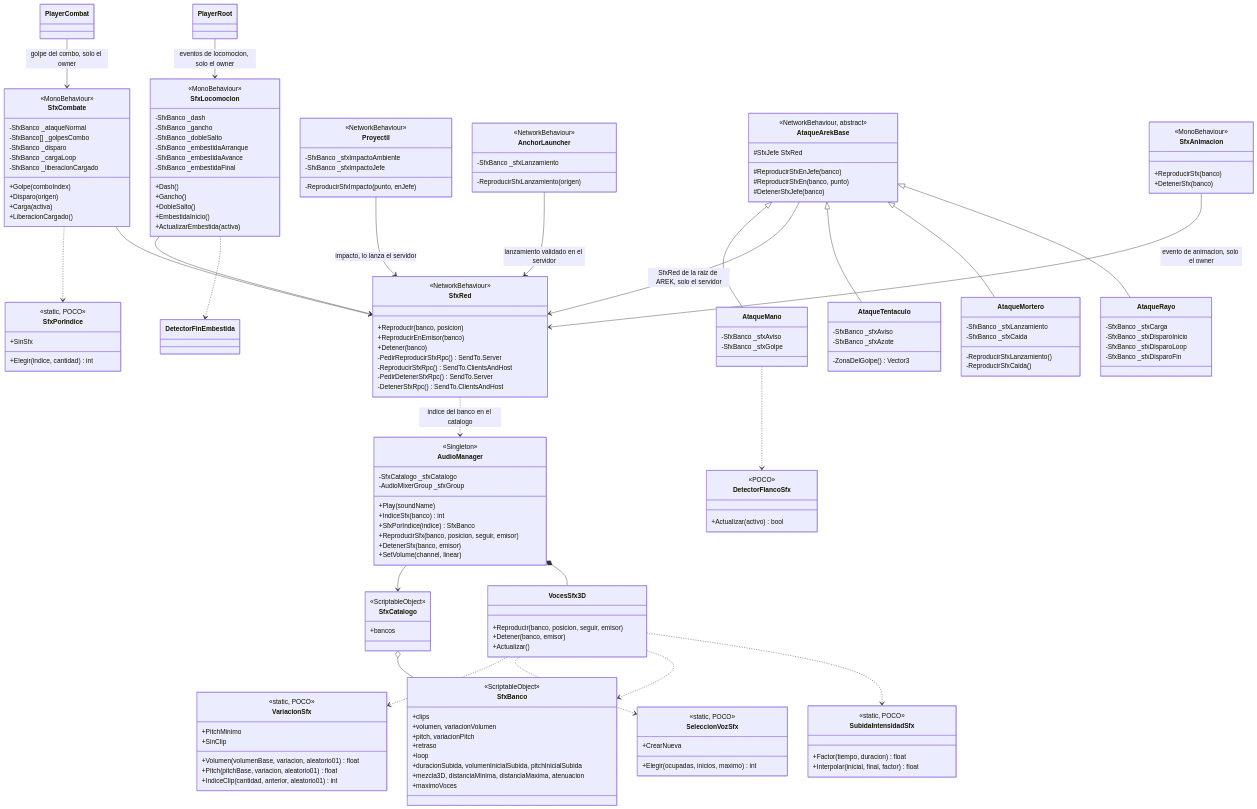
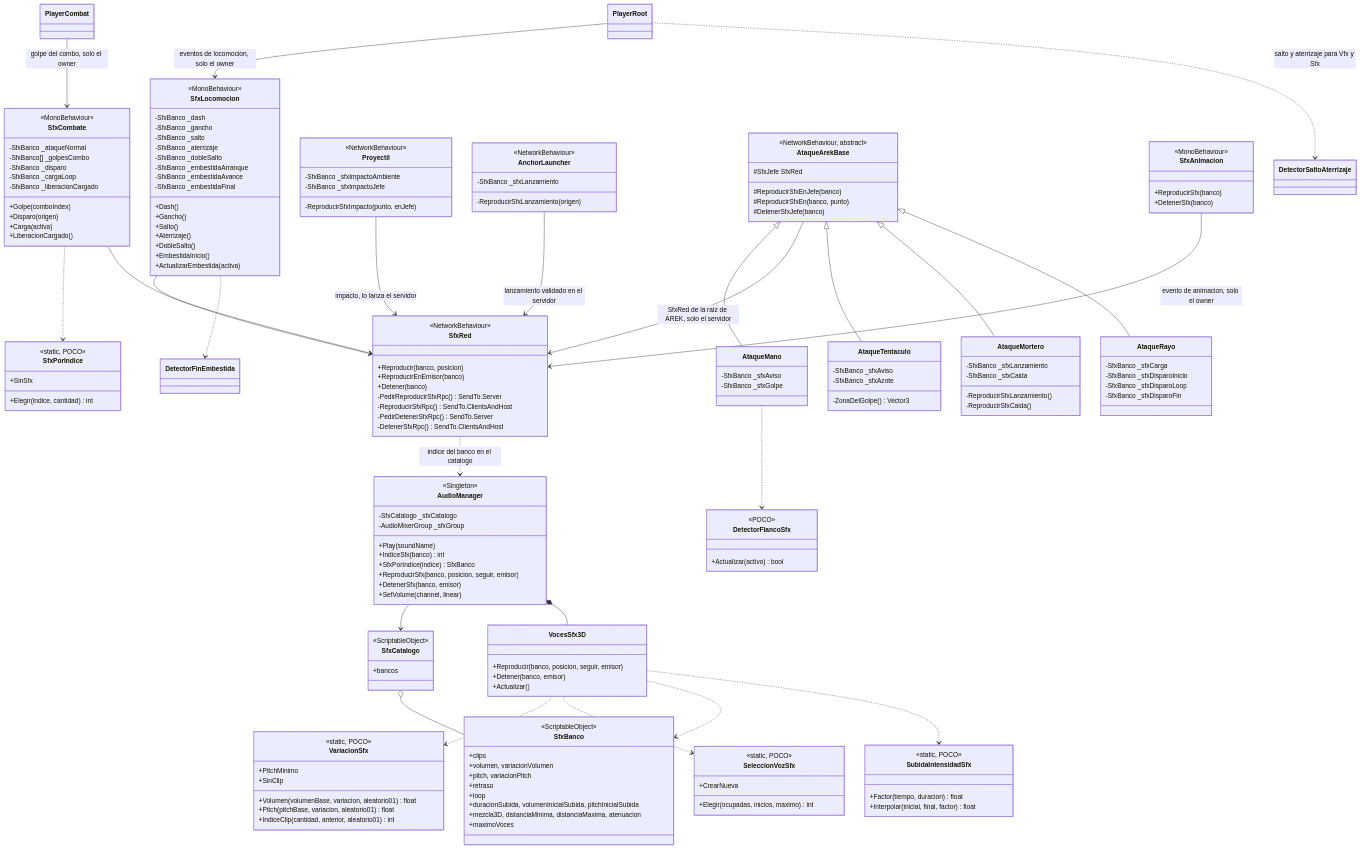
The diagram in docs/diagrams/audio.mermaid (VicBojoDev10/DeathOfMeaningRepo), drawn with Mermaid before and after one commit.

Commit message:
doc: add jump and landing sounds to the audio diagram

```diff
--- a/docs/diagrams/audio.mermaid
+++ b/docs/diagrams/audio.mermaid
@@ -1,182 +1,187 @@
 classDiagram
     class VariacionSfx {
         <<static, POCO>>
         +PitchMinimo
         +SinClip
         +Volumen(volumenBase, variacion, aleatorio01) float
         +Pitch(pitchBase, variacion, aleatorio01) float
         +IndiceClip(cantidad, anterior, aleatorio01) int
     }
 
     class SeleccionVozSfx {
         <<static, POCO>>
         +CrearNueva
         +Elegir(ocupadas, inicios, maximo) int
     }
 
     class SfxPorIndice {
         <<static, POCO>>
         +SinSfx
         +Elegir(indice, cantidad) int
     }
 
     class SfxCombate {
         <<MonoBehaviour>>
         -SfxBanco _ataqueNormal
         -SfxBanco[] _golpesCombo
         -SfxBanco _disparo
         -SfxBanco _cargaLoop
         -SfxBanco _liberacionCargado
         +Golpe(comboIndex)
         +Disparo(origen)
         +Carga(activa)
         +LiberacionCargado()
     }
 
     class SfxLocomocion {
         <<MonoBehaviour>>
         -SfxBanco _dash
         -SfxBanco _gancho
+        -SfxBanco _salto
+        -SfxBanco _aterrizaje
         -SfxBanco _dobleSalto
         -SfxBanco _embestidaArranque
         -SfxBanco _embestidaAvance
         -SfxBanco _embestidaFinal
         +Dash()
         +Gancho()
+        +Salto()
+        +Aterrizaje()
         +DobleSalto()
         +EmbestidaInicio()
         +ActualizarEmbestida(activa)
     }
 
     class Proyectil {
         <<NetworkBehaviour>>
         -SfxBanco _sfxImpactoAmbiente
         -SfxBanco _sfxImpactoJefe
         -ReproducirSfxImpacto(punto, enJefe)
     }
 
     class AnchorLauncher {
         <<NetworkBehaviour>>
         -SfxBanco _sfxLanzamiento
         -ReproducirSfxLanzamiento(origen)
     }
 
     class DetectorFlancoSfx {
         <<POCO>>
         +Actualizar(activo) bool
     }
 
     class AtaqueArekBase {
         <<NetworkBehaviour, abstract>>
         #SfxJefe SfxRed
         #ReproducirSfxEnJefe(banco)
         #ReproducirSfxEn(banco, punto)
         #DetenerSfxJefe(banco)
     }
 
     class AtaqueMano {
         -SfxBanco _sfxAviso
         -SfxBanco _sfxGolpe
     }
 
     class AtaqueTentaculo {
         -SfxBanco _sfxAviso
         -SfxBanco _sfxAzote
         -ZonaDelGolpe() Vector3
     }
 
     class AtaqueMortero {
         -SfxBanco _sfxLanzamiento
         -SfxBanco _sfxCaida
         -ReproducirSfxLanzamiento()
         -ReproducirSfxCaida()
     }
 
     class AtaqueRayo {
         -SfxBanco _sfxCarga
         -SfxBanco _sfxDisparoInicio
         -SfxBanco _sfxDisparoLoop
         -SfxBanco _sfxDisparoFin
     }
 
     class SubidaIntensidadSfx {
         <<static, POCO>>
         +Factor(tiempo, duracion) float
         +Interpolar(inicial, final, factor) float
     }
 
     class SfxBanco {
         <<ScriptableObject>>
         +clips
         +volumen, variacionVolumen
         +pitch, variacionPitch
         +retraso
         +loop
         +duracionSubida, volumenInicialSubida, pitchInicialSubida
         +mezcla3D, distanciaMinima, distanciaMaxima, atenuacion
         +maximoVoces
     }
 
     class SfxCatalogo {
         <<ScriptableObject>>
         +bancos
     }
 
     class AudioManager {
         <<Singleton>>
         -SfxCatalogo _sfxCatalogo
         -AudioMixerGroup _sfxGroup
         +Play(soundName)
         +IndiceSfx(banco) int
         +SfxPorIndice(indice) SfxBanco
         +ReproducirSfx(banco, posicion, seguir, emisor)
         +DetenerSfx(banco, emisor)
         +SetVolume(channel, linear)
     }
 
     class VocesSfx3D {
         +Reproducir(banco, posicion, seguir, emisor)
         +Detener(banco, emisor)
         +Actualizar()
     }
 
     class SfxRed {
         <<NetworkBehaviour>>
         +Reproducir(banco, posicion)
         +ReproducirEnEmisor(banco)
         +Detener(banco)
         -PedirReproducirSfxRpc() SendTo.Server
         -ReproducirSfxRpc() SendTo.ClientsAndHost
         -PedirDetenerSfxRpc() SendTo.Server
         -DetenerSfxRpc() SendTo.ClientsAndHost
     }
 
     class SfxAnimacion {
         <<MonoBehaviour>>
         +ReproducirSfx(banco)
         +DetenerSfx(banco)
     }
 
     SfxCatalogo o-- SfxBanco
     AudioManager --> SfxCatalogo
     AudioManager *-- VocesSfx3D
     VocesSfx3D ..> VariacionSfx
     VocesSfx3D ..> SeleccionVozSfx
     VocesSfx3D ..> SfxBanco
     SfxRed ..> AudioManager : indice del banco en el catalogo
     SfxAnimacion --> SfxRed : evento de animacion, solo el owner
     PlayerCombat --> SfxCombate : golpe del combo, solo el owner
     SfxCombate ..> SfxPorIndice
     SfxCombate --> SfxRed
     VocesSfx3D ..> SubidaIntensidadSfx
     PlayerRoot --> SfxLocomocion : eventos de locomocion, solo el owner
     SfxLocomocion --> SfxRed
     Proyectil --> SfxRed : impacto, lo lanza el servidor
     SfxLocomocion ..> DetectorFinEmbestida
     AnchorLauncher --> SfxRed : lanzamiento validado en el servidor
     AtaqueArekBase <|-- AtaqueMano
     AtaqueArekBase --> SfxRed : SfxRed de la raiz de AREK, solo el servidor
     AtaqueMano ..> DetectorFlancoSfx
     AtaqueArekBase <|-- AtaqueTentaculo
     AtaqueArekBase <|-- AtaqueMortero
     AtaqueArekBase <|-- AtaqueRayo
+    PlayerRoot ..> DetectorSaltoAterrizaje : salto y aterrizaje para Vfx y Sfx
```
